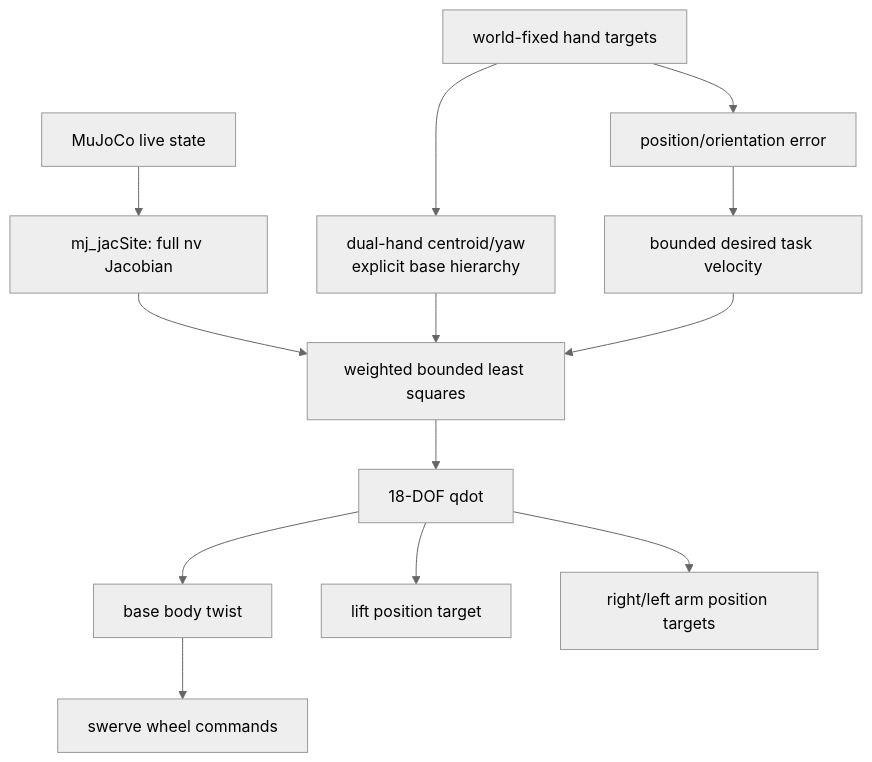
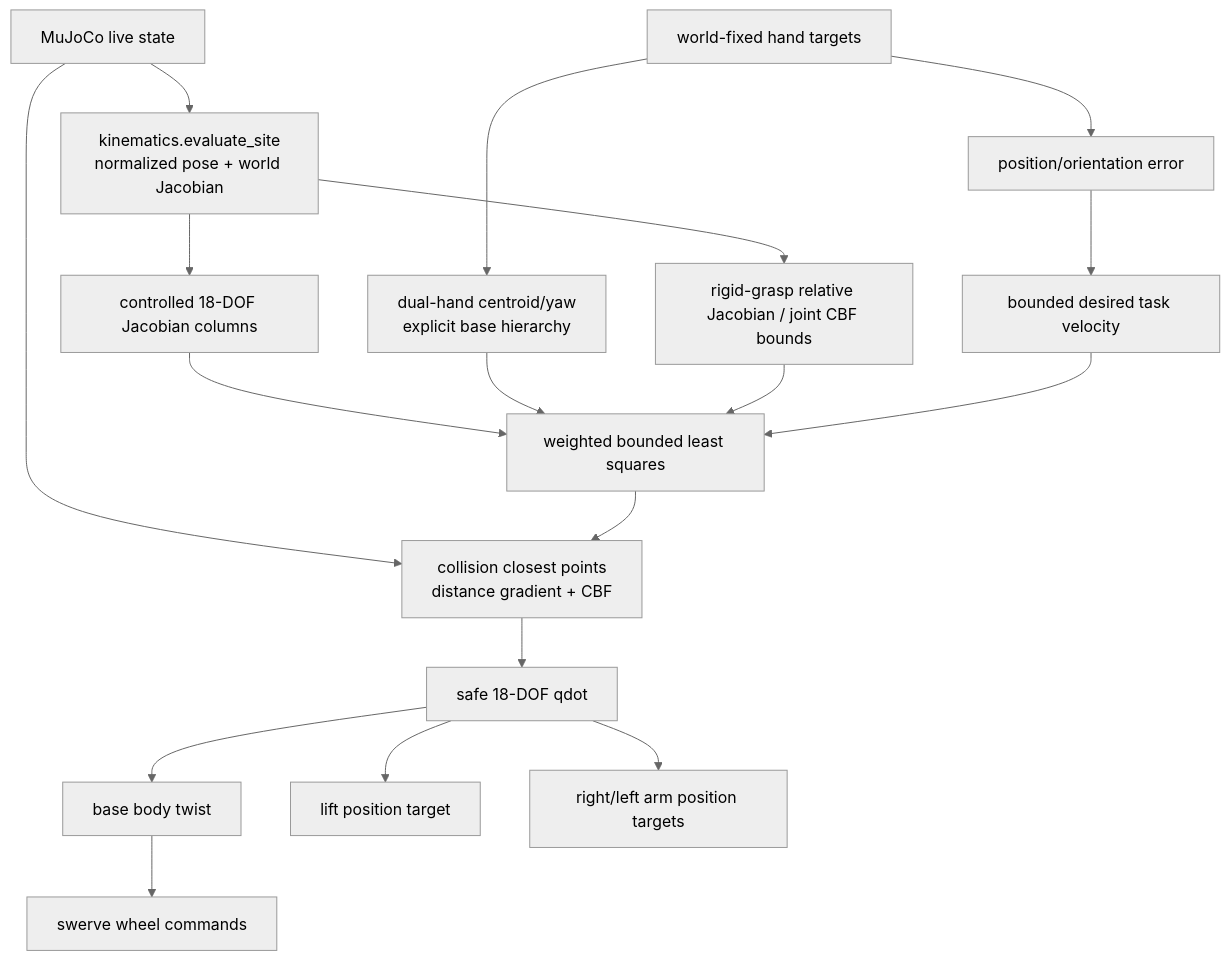
One commit to ggh-png/ffw-sh5-grasp changed the diagram in docs/guide/whole_body_ik.md. Above: the diagram before and after it, drawn with Mermaid (neutral theme). The commit also changed other lines of this file and 17 other files, not shown here.

````diff
--- a/docs/guide/whole_body_ik.md
+++ b/docs/guide/whole_body_ik.md
@@ -95,15 +189,20 @@
 ```mermaid
 flowchart TD
     T["world-fixed hand targets"] --> E["position/orientation error"]
-    D["MuJoCo live state"] --> J["mj_jacSite: full nv Jacobian"]
+    D["MuJoCo live state"] --> K["kinematics.evaluate_site<br>normalized pose + world Jacobian"]
+    K --> J["controlled 18-DOF Jacobian columns"]
     E --> V["bounded desired task velocity"]
     J --> LS["weighted bounded least squares"]
     T --> H["dual-hand centroid/yaw<br>explicit base hierarchy"]
     H --> LS
+    K --> R["rigid-grasp relative Jacobian / joint CBF bounds"]
+    R --> LS
     V --> LS
-    LS --> Q["18-DOF qdot"]
+    D --> C["collision closest points<br>distance gradient + CBF"]
+    LS --> C
+    C --> Q["safe 18-DOF qdot"]
     Q --> B["base body twist"]
     Q --> L["lift position target"]
     Q --> A["right/left arm position targets"]
     B --> S["swerve wheel commands"]
 ```
````
